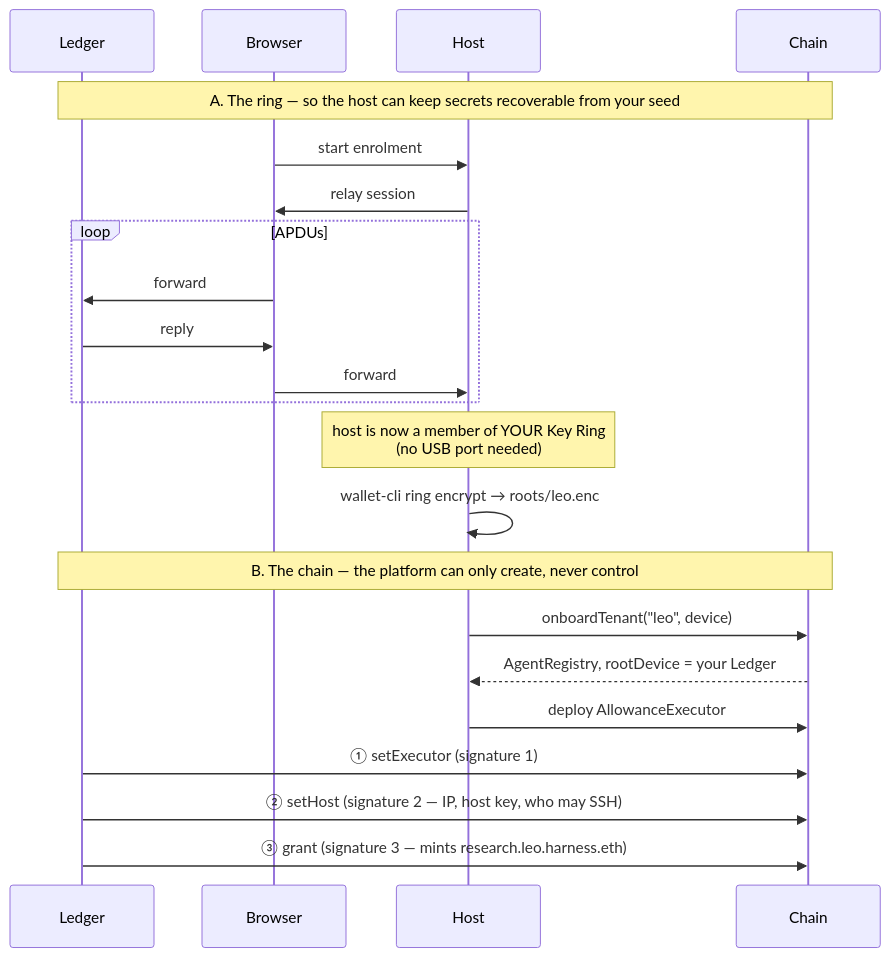
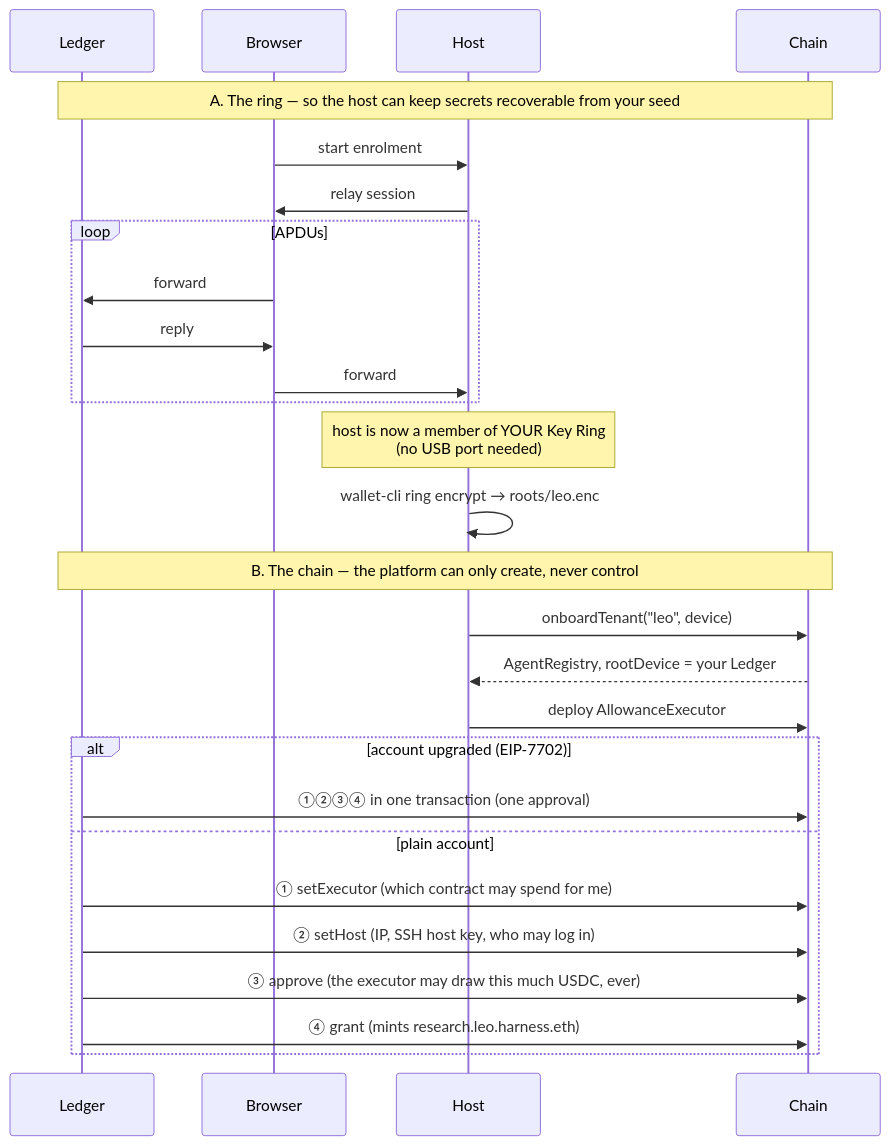
Before and after one commit to LeoFranklin015/Harness: the first of 3 diagrams in ARCHITECTURE.md, drawn with Mermaid. The commit also changed other lines of this file and 8 other files, not shown here.

````diff
--- a/ARCHITECTURE.md
+++ b/ARCHITECTURE.md
@@ -144,26 +145,31 @@
 ```mermaid
 sequenceDiagram
     participant L as Ledger
     participant B as Browser
     participant H as Host
     participant C as Chain
 
     Note over L,C: A. The ring — so the host can keep secrets recoverable from your seed
     B->>H: start enrolment
     H->>B: relay session
     loop APDUs
         B->>L: forward
         L->>B: reply
         B->>H: forward
     end
     Note over H: host is now a member of YOUR Key Ring<br/>(no USB port needed)
     H->>H: wallet-cli ring encrypt → roots/leo.enc
 
     Note over L,C: B. The chain — the platform can only create, never control
     H->>C: onboardTenant("leo", device)
     C-->>H: AgentRegistry, rootDevice = your Ledger
     H->>C: deploy AllowanceExecutor
-    L->>C: ① setExecutor      (signature 1)
-    L->>C: ② setHost          (signature 2 — IP, host key, who may SSH)
-    L->>C: ③ grant            (signature 3 — mints research.leo.harness.eth)
+    alt account upgraded (EIP-7702)
+        L->>C: ①②③④ in one transaction (one approval)
+    else plain account
+        L->>C: ① setExecutor   (which contract may spend for me)
+        L->>C: ② setHost       (IP, SSH host key, who may log in)
+        L->>C: ③ approve       (the executor may draw this much USDC, ever)
+        L->>C: ④ grant         (mints research.leo.harness.eth)
+    end
 ```
````
